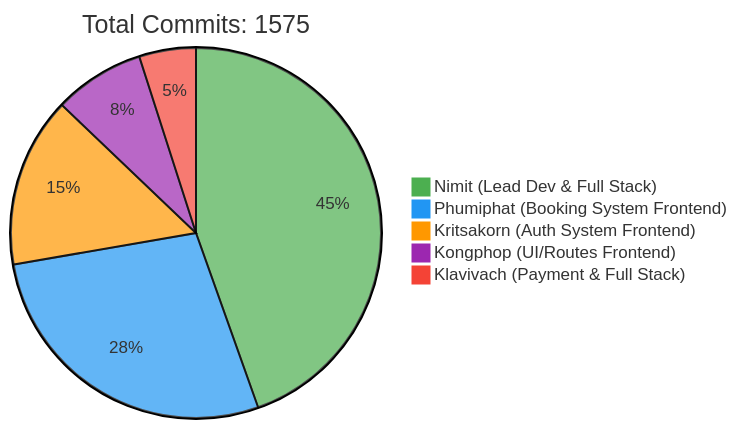
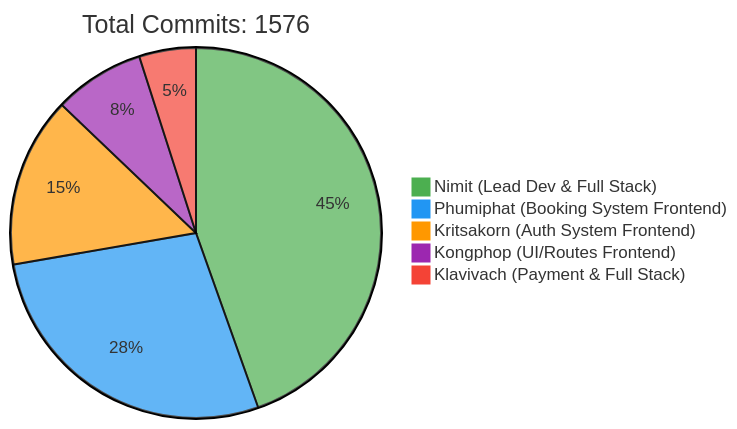
Before and after one commit to 6531503042/Sport-Complex: the first of 2 diagrams in README.md, drawn with Mermaid. The commit also changed other lines of this file, not shown here.

Commit message:
docs: Update contributor statistics [skip ci]

````diff
--- a/README.md
+++ b/README.md
@@ -257,10 +257,10 @@
 ```mermaid
 %%{init: {'theme': 'base', 'themeVariables': { 'pie1': '#4CAF50', 'pie2': '#2196F3', 'pie3': '#FF9800', 'pie4': '#9C27B0', 'pie5': '#F44336'}}}%%
 pie
-    title Total Commits: 1575
+    title Total Commits: 1576
     "Nimit (Lead Dev & Full Stack)" : 450
     "Phumiphat (Booking System Frontend)" : 280
     "Kritsakorn (Auth System Frontend)" : 150
     "Kongphop (UI/Routes Frontend)" : 80
     "Klavivach (Payment & Full Stack)" : 50
 ```
````
